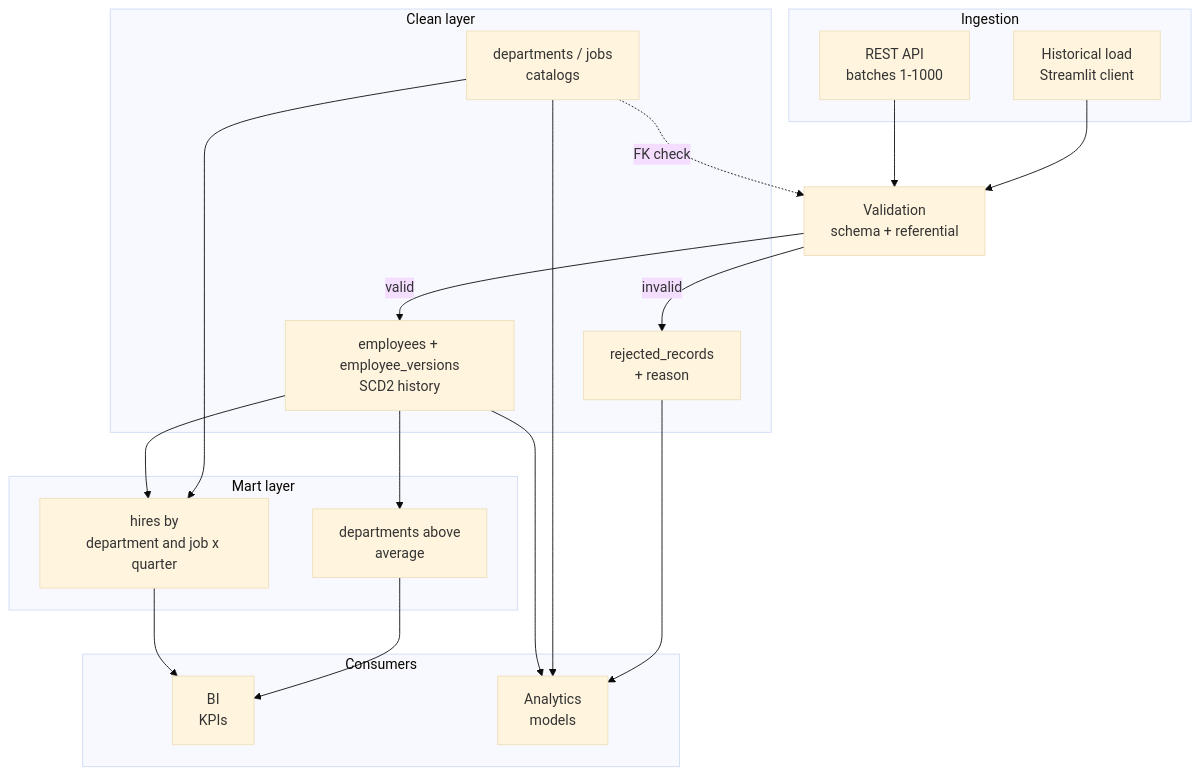
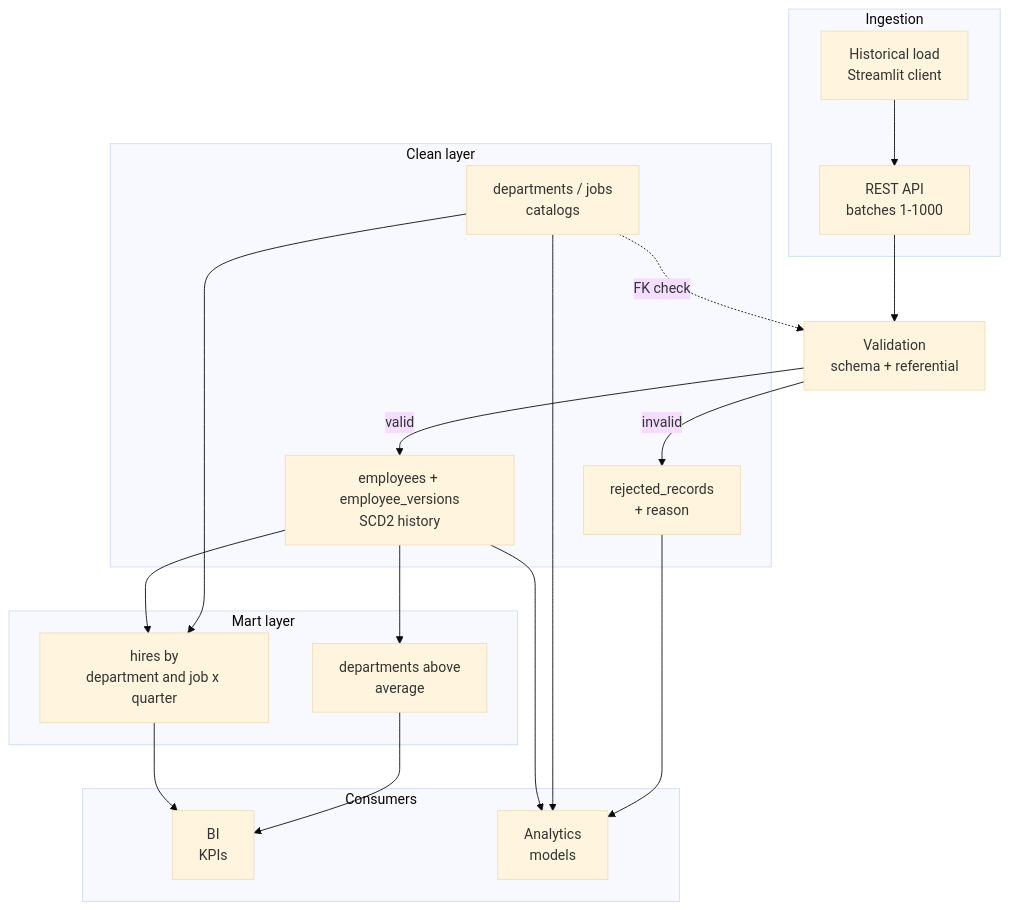
Before and after one commit to Pliperkiller/hiring-data-platform: the first of 4 diagrams in docs/DESIGN.md, drawn with Mermaid (base theme).

Commit message:
Update HIST relationship from VAL to API

````diff
--- a/docs/DESIGN.md
+++ b/docs/DESIGN.md
@@ -13,39 +13,39 @@
 ```mermaid
 flowchart TD
     subgraph ingest["Ingestion"]
         API["REST API<br/>batches 1-1000"]
         HIST["Historical load<br/>Streamlit client"]
     end
 
     VAL["Validation<br/>schema + referential"]
 
     subgraph core["Clean layer"]
         SCD["employees + employee_versions<br/>SCD2 history"]
         REF["departments / jobs<br/>catalogs"]
         REJ["rejected_records<br/>+ reason"]
     end
 
     subgraph marts["Mart layer"]
         MV1["hires by<br/>department and job x quarter"]
         MV2["departments above<br/>average"]
     end
 
     subgraph cons["Consumers"]
         BI["BI<br/>KPIs"]
         AN["Analytics<br/>models"]
     end
 
     API --> VAL
-    HIST --> VAL
+    HIST --> API
     VAL -->|valid| SCD
     VAL -->|invalid| REJ
     REF -.->|FK check| VAL
     SCD --> MV1
     REF --> MV1
     SCD --> MV2
     MV1 --> BI
     MV2 --> BI
     SCD --> AN
     REF --> AN
     REJ --> AN
 ```
````
